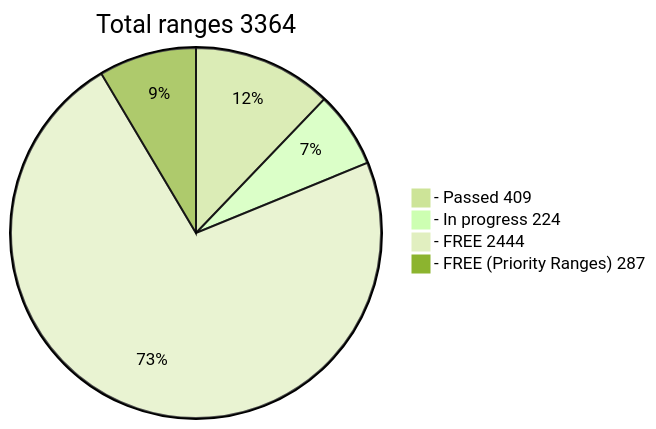
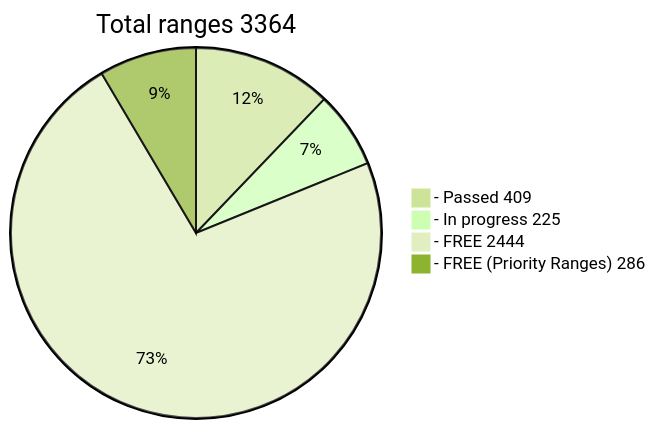
Before and after one commit to phrutis/wif500: the diagram in README.md, drawn with Mermaid (forest theme).

````diff
--- a/README.md
+++ b/README.md
@@ -16,7 +16,7 @@
 ```mermaid
 pie title Total ranges 3364
   "- Passed 409" : 409
-  "- In progress 224" : 224
+  "- In progress 225" : 225
   "- FREE 2444" : 2444
-  "- FREE (Priority Ranges) 287" : 287
+  "- FREE (Priority Ranges) 286" : 286
 ```
````
